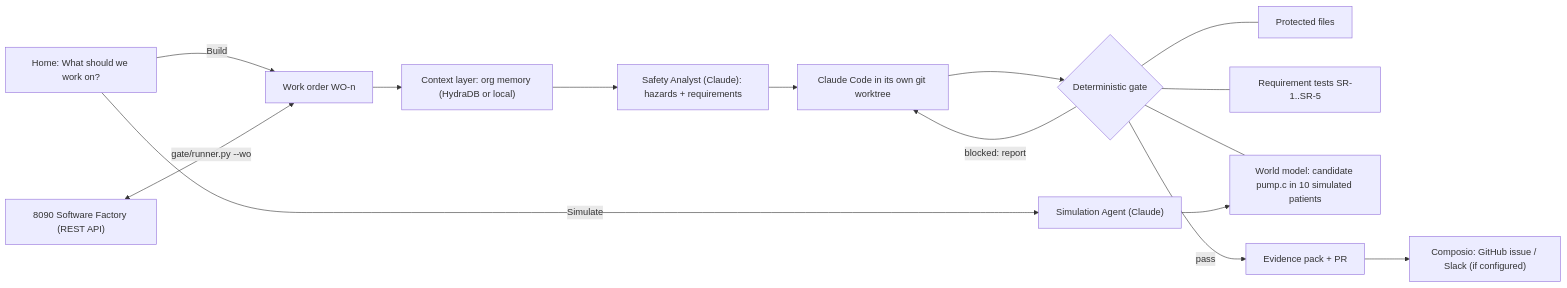
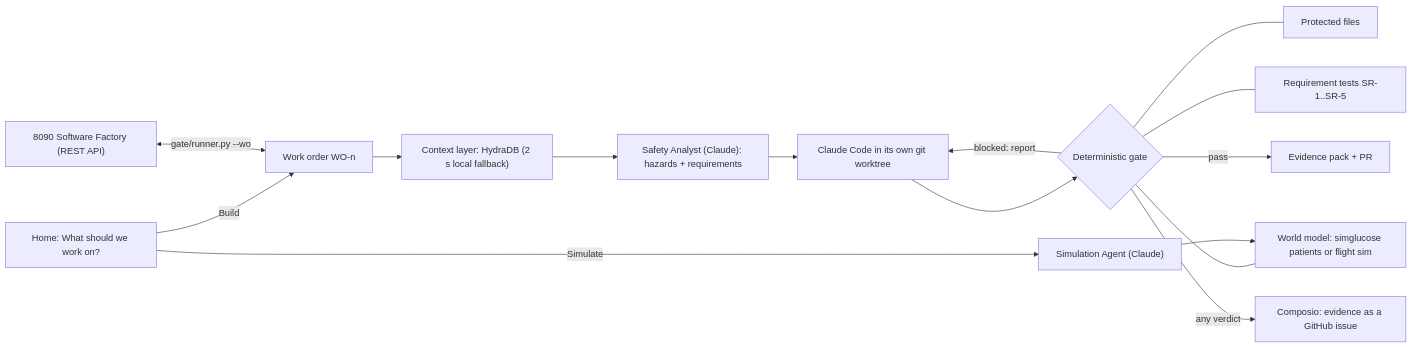
Before and after one commit to Abhishek21g/evolve-factory: the diagram in README.md, drawn with Mermaid. The commit also changed other lines of this file and 1 other file, not shown here.

Commit message:
README + DEVPOST: HydraDB live recall, Composio evidence issues, Boeing flight-controls project, Simulations charts, agent pages, 'Why not just Claude Code?'

````diff
--- a/README.md
+++ b/README.md
@@ -17,17 +28,17 @@
 ```mermaid
 flowchart LR
   H["Home: What should we work on?"] -->|Build| WO["Work order WO-n"]
   H -->|Simulate| SIM["Simulation Agent (Claude)"]
-  WO --> MEM["Context layer: org memory (HydraDB or local)"]
+  WO --> MEM["Context layer: HydraDB (2 s local fallback)"]
   MEM --> SA["Safety Analyst (Claude): hazards + requirements"]
   SA --> CC["Claude Code in its own git worktree"]
   CC --> GATE{"Deterministic gate"}
   GATE --- PF["Protected files"]
   GATE --- RT["Requirement tests SR-1..SR-5"]
-  GATE --- WM["World model: candidate pump.c in 10 simulated patients"]
+  GATE --- WM["World model: simglucose patients or flight sim"]
   GATE -->|"blocked: report"| CC
   GATE -->|pass| EV["Evidence pack + PR"]
-  EV --> ACT["Composio: GitHub issue / Slack (if configured)"]
+  GATE -->|"any verdict"| ACT["Composio: evidence as a GitHub issue"]
   SIM --> WM
   SF["8090 Software Factory (REST API)"] <-->|"gate/runner.py --wo"| WO
 ```
````
